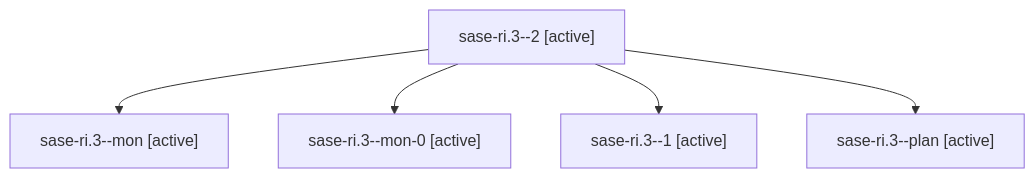
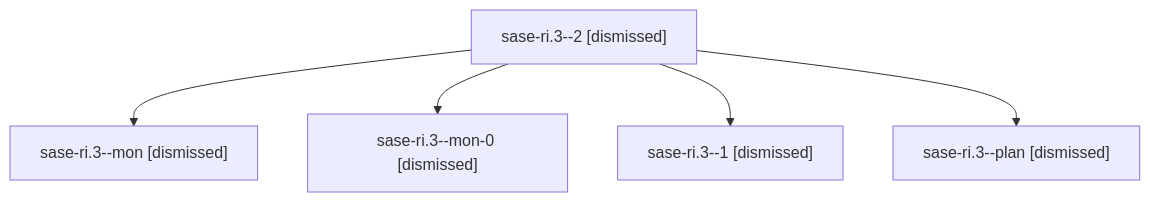
Before and after one commit to sase-org/sase--agents: the diagram in sessions/bbugyi200.athena.sase-ri.3.md, drawn with Mermaid. The commit also changed other lines of this file and 159 other files, not shown here.

````diff
--- a/sessions/bbugyi200.athena.sase-ri.3.md
+++ b/sessions/bbugyi200.athena.sase-ri.3.md
@@ -9,12 +9,12 @@
 ```mermaid
 flowchart TD
-  n0["sase-ri.3--2 [active]"]
-  n1["sase-ri.3--mon [active]"]
+  n0["sase-ri.3--2 [dismissed]"]
+  n1["sase-ri.3--mon [dismissed]"]
   n0 --> n1
-  n2["sase-ri.3--mon-0 [active]"]
+  n2["sase-ri.3--mon-0 [dismissed]"]
   n0 --> n2
-  n3["sase-ri.3--1 [active]"]
+  n3["sase-ri.3--1 [dismissed]"]
   n0 --> n3
-  n4["sase-ri.3--plan [active]"]
+  n4["sase-ri.3--plan [dismissed]"]
   n0 --> n4
 ```
````
